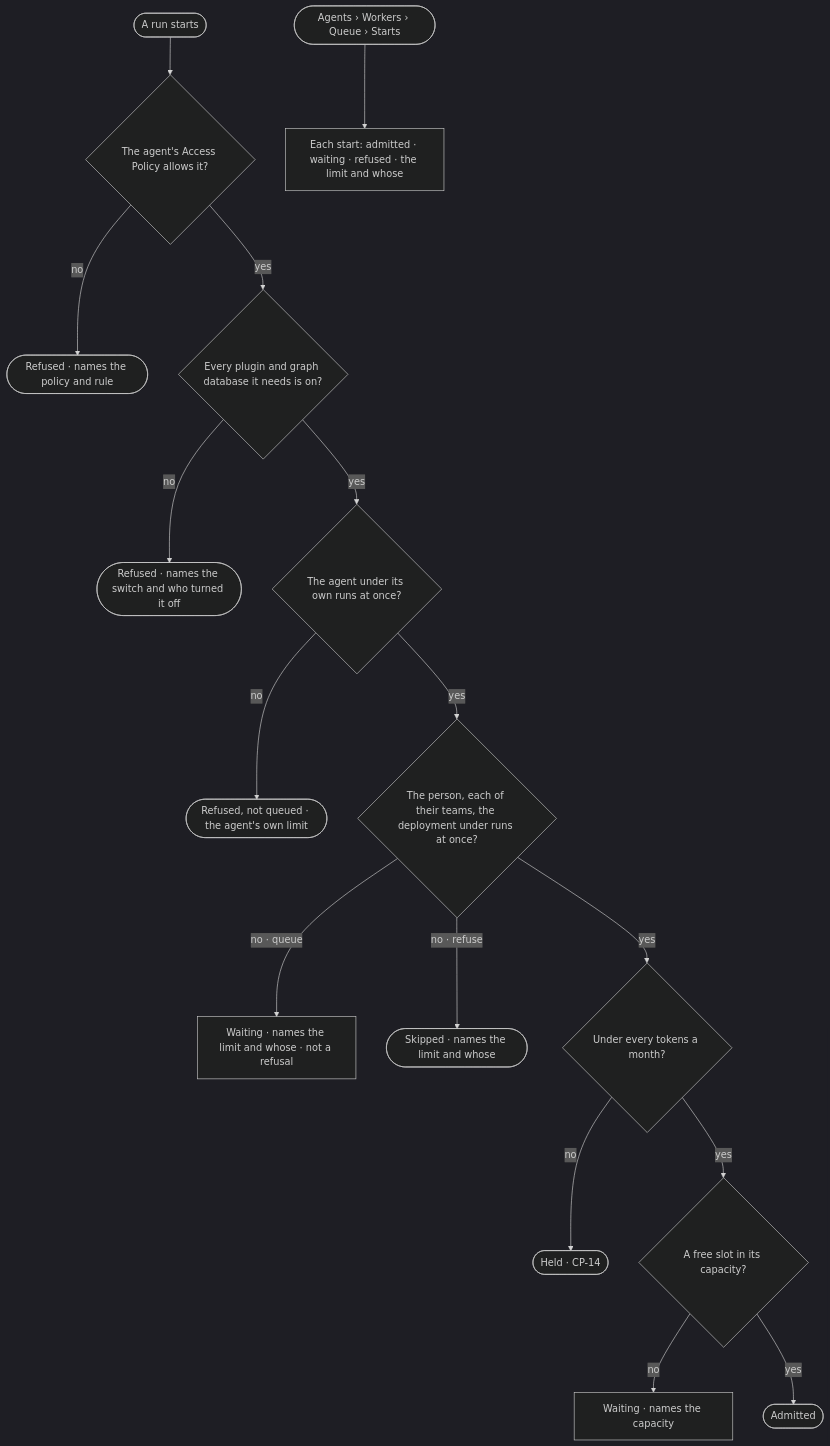
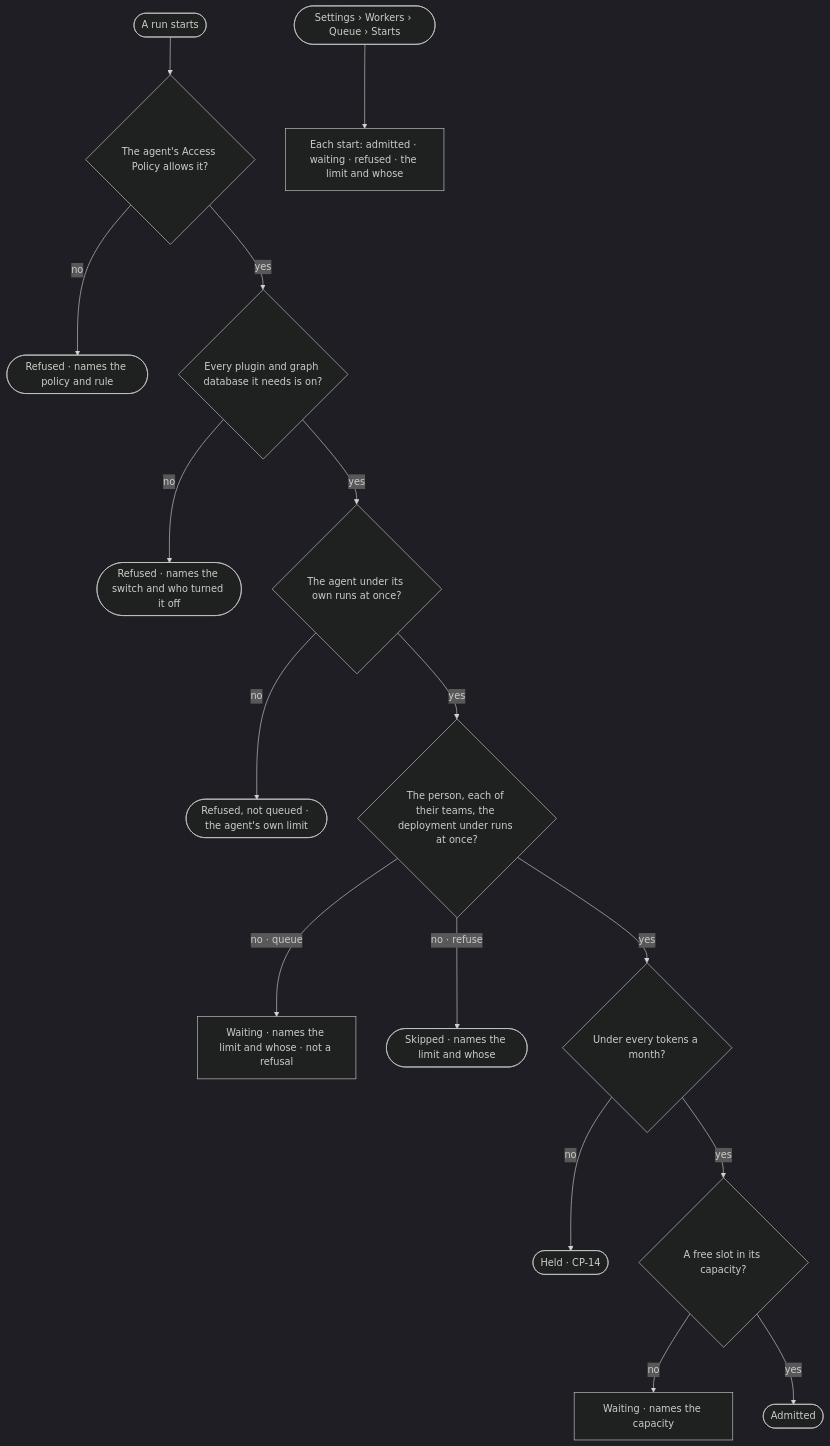
One commit to invana/invana changed the diagram in specs/os/control/features/CP-F04-limits/stories/CP-12-see-why-a-run-started-waits-or-was-refused/story.md. Above: the diagram before and after it, drawn with Mermaid (dark theme). The commit also changed other lines of this file and 43 other files, not shown here.

First line of the commit message:
docs(specs): Agents mode keeps work; Plugins, Fleet, Workers move to Settings

````diff
--- a/specs/os/control/features/CP-F04-limits/stories/CP-12-see-why-a-run-started-waits-or-was-refused/story.md
+++ b/specs/os/control/features/CP-F04-limits/stories/CP-12-see-why-a-run-started-waits-or-was-refused/story.md
@@ -26,18 +26,18 @@
 ```mermaid
 flowchart TD
   st([A run starts]) --> pol{"The agent's Access Policy allows it?"}
   pol -->|no| r1(["Refused · names the policy and rule"])
   pol -->|yes| sw{"Every plugin and graph database it needs is on?"}
   sw -->|no| r2(["Refused · names the switch and who turned it off"])
   sw -->|yes| ag{"The agent under its own runs at once?"}
   ag -->|no| r3(["Refused, not queued · the agent's own limit"])
   ag -->|yes| lim{"The person, each of their teams, the deployment under runs at once?"}
   lim -->|no · queue| w["Waiting · names the limit and whose · not a refusal"]
   lim -->|no · refuse| sk(["Skipped · names the limit and whose"])
   lim -->|yes| tok{"Under every tokens a month?"}
   tok -->|no| h(["Held · CP-14"])
   tok -->|yes| cap{"A free slot in its capacity?"}
   cap -->|no| pw["Waiting · names the capacity"]
   cap -->|yes| in(["Admitted"])
-  s([Agents › Workers › Queue › Starts]) --> list["Each start: admitted · waiting · refused · the limit and whose"]
+  s([Settings › Workers › Queue › Starts]) --> list["Each start: admitted · waiting · refused · the limit and whose"]
 ```
````
